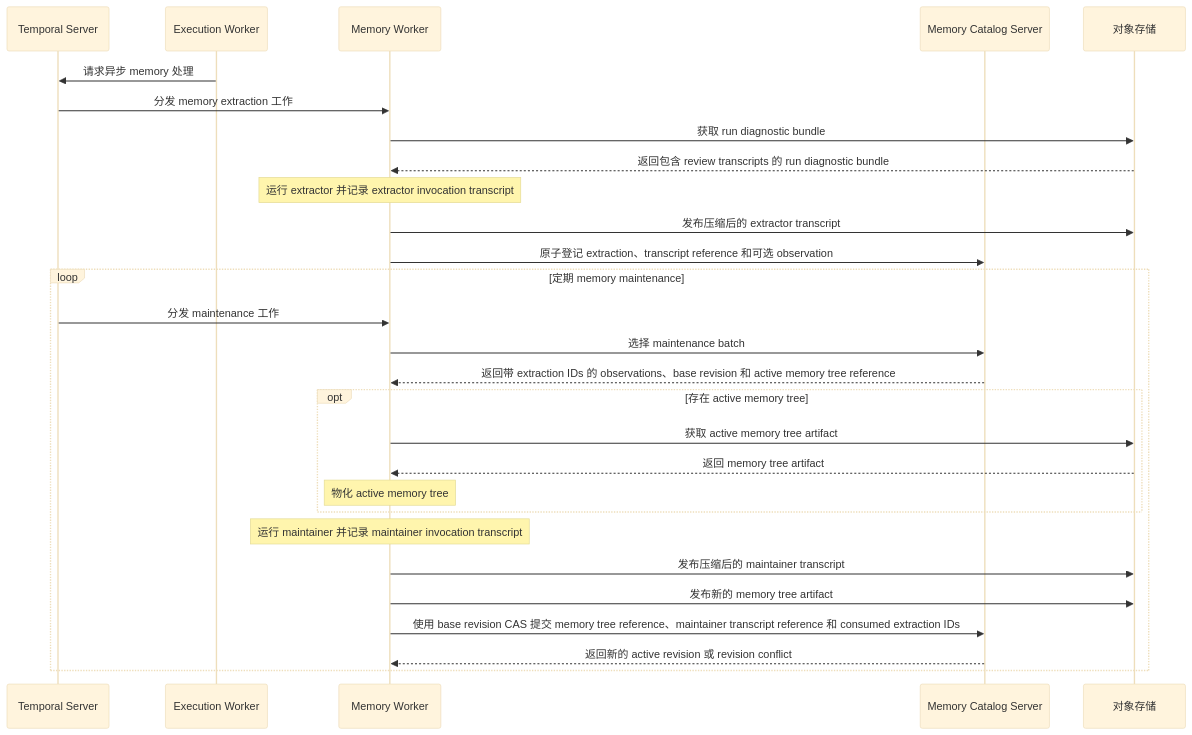
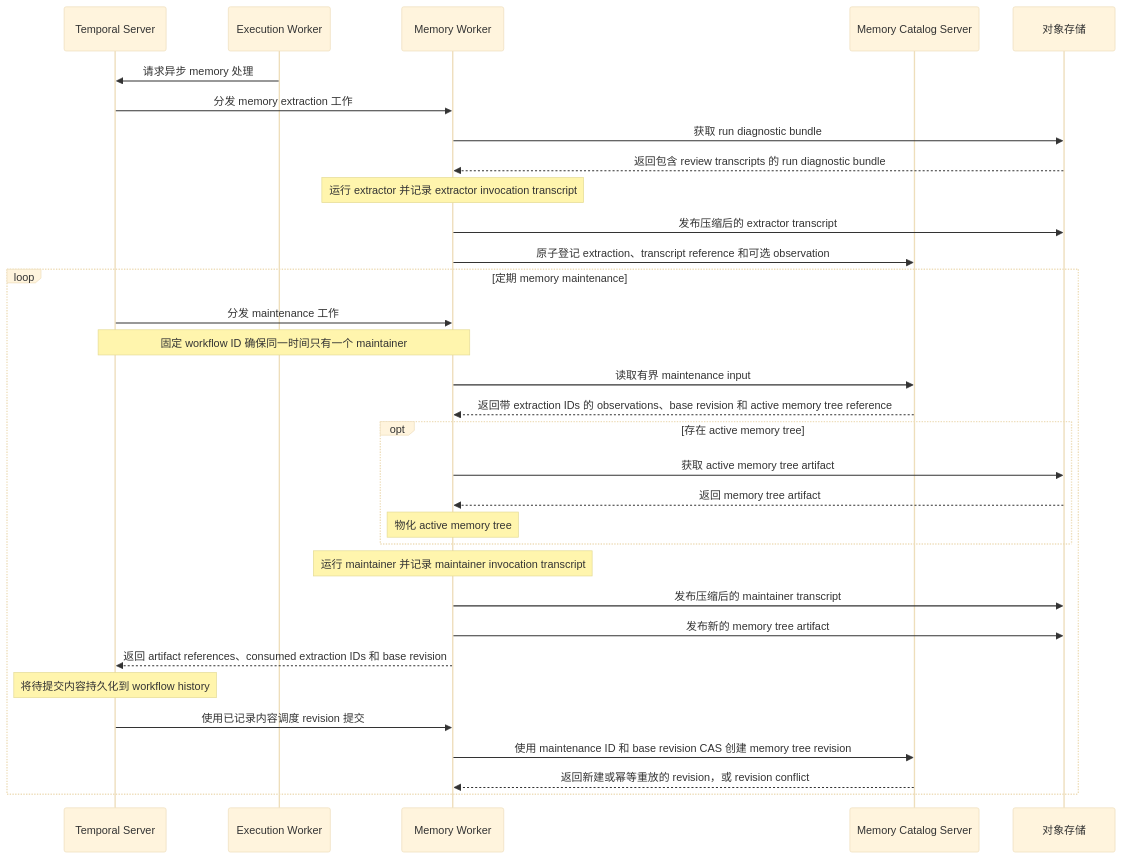
One commit to Agent-AI-Chalmers/sec-review-bot changed the second of 2 diagrams in docs/architecture/SYSTEM_ARCHITECTURE.zh.md. Above: the diagram before and after it, drawn with Mermaid (base theme). The commit also changed 22 other files, not shown here.

Commit message:
refactor(memory)!: make revision commits idempotent

````diff
--- a/docs/architecture/SYSTEM_ARCHITECTURE.zh.md
+++ b/docs/architecture/SYSTEM_ARCHITECTURE.zh.md
@@ -65,31 +65,35 @@
 ```mermaid
 sequenceDiagram
   participant Temporal as Temporal Server
   participant ExecutionWorker as Execution Worker
   participant MemoryWorker as Memory Worker
   participant Catalog as Memory Catalog Server
   participant Storage as 对象存储
 
   ExecutionWorker->>Temporal: 请求异步 memory 处理
   Temporal->>MemoryWorker: 分发 memory extraction 工作
   MemoryWorker->>Storage: 获取 run diagnostic bundle
   Storage-->>MemoryWorker: 返回包含 review transcripts 的 run diagnostic bundle
   Note over MemoryWorker: 运行 extractor 并记录 extractor invocation transcript
   MemoryWorker->>Storage: 发布压缩后的 extractor transcript
   MemoryWorker->>Catalog: 原子登记 extraction、transcript reference 和可选 observation
   loop 定期 memory maintenance
     Temporal->>MemoryWorker: 分发 maintenance 工作
-    MemoryWorker->>Catalog: 选择 maintenance batch
+    Note over Temporal,MemoryWorker: 固定 workflow ID 确保同一时间只有一个 maintainer
+    MemoryWorker->>Catalog: 读取有界 maintenance input
     Catalog-->>MemoryWorker: 返回带 extraction IDs 的 observations、base revision 和 active memory tree reference
     opt 存在 active memory tree
       MemoryWorker->>Storage: 获取 active memory tree artifact
       Storage-->>MemoryWorker: 返回 memory tree artifact
       Note over MemoryWorker: 物化 active memory tree
     end
     Note over MemoryWorker: 运行 maintainer 并记录 maintainer invocation transcript
     MemoryWorker->>Storage: 发布压缩后的 maintainer transcript
     MemoryWorker->>Storage: 发布新的 memory tree artifact
-    MemoryWorker->>Catalog: 使用 base revision CAS 提交 memory tree reference、maintainer transcript reference 和 consumed extraction IDs
-    Catalog-->>MemoryWorker: 返回新的 active revision 或 revision conflict
+    MemoryWorker-->>Temporal: 返回 artifact references、consumed extraction IDs 和 base revision
+    Note over Temporal: 将待提交内容持久化到 workflow history
+    Temporal->>MemoryWorker: 使用已记录内容调度 revision 提交
+    MemoryWorker->>Catalog: 使用 maintenance ID 和 base revision CAS 创建 memory tree revision
+    Catalog-->>MemoryWorker: 返回新建或幂等重放的 revision，或 revision conflict
   end
 ```
````
